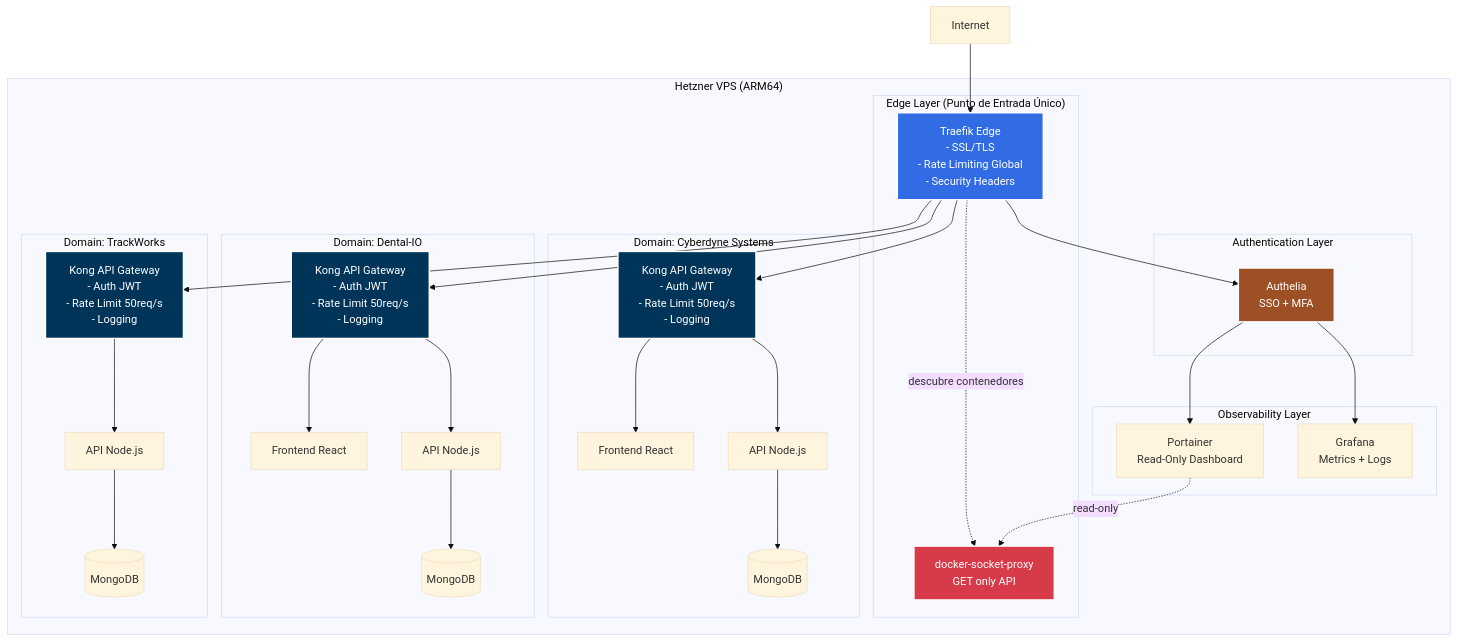
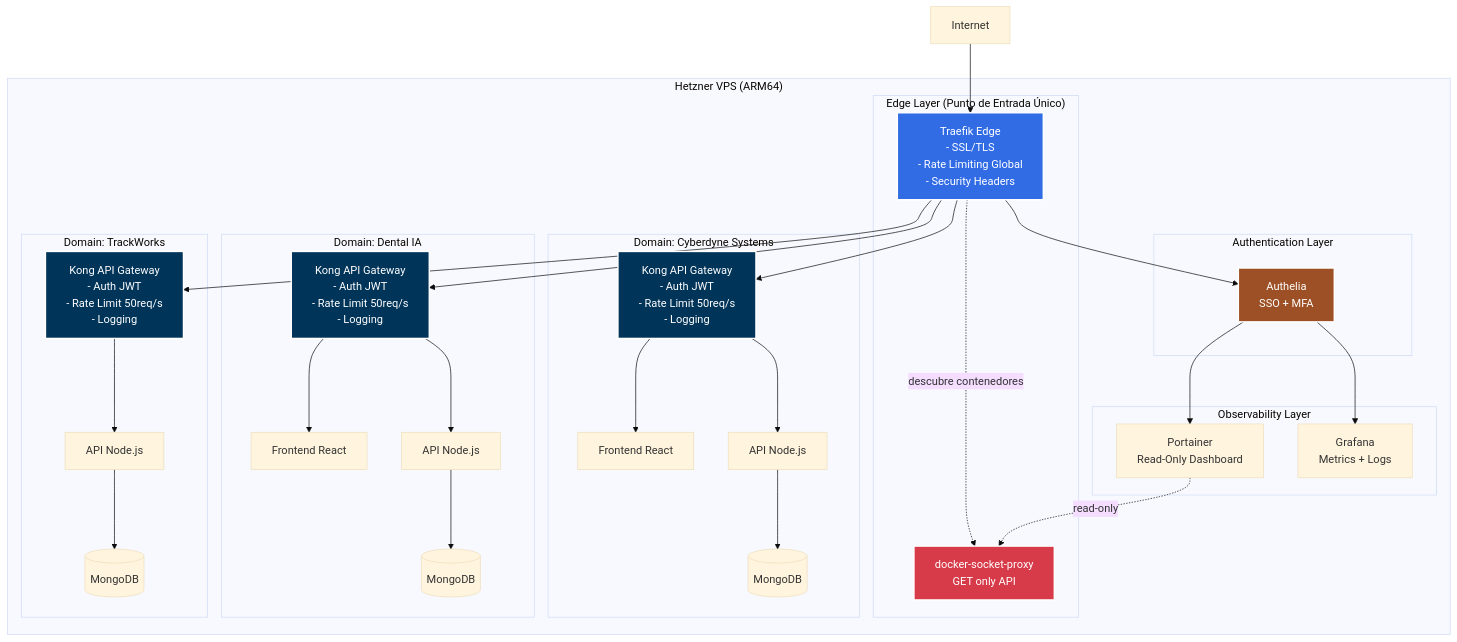
Before and after one commit to TechnoSpartan/iac-code-spartan: the first of 3 diagrams in docs/02-architecture/ARCHITECTURE.md, drawn with Mermaid (base theme). The commit also changed other lines of this file and 22 other files, not shown here.

Commit message:
docs: update architecture docs, add agent guidance and blog drafts

````diff
--- a/docs/02-architecture/ARCHITECTURE.md
+++ b/docs/02-architecture/ARCHITECTURE.md
@@ -19,71 +19,71 @@
 ```mermaid
 graph TB
     Internet[Internet]
 
     subgraph VPS["Hetzner VPS (ARM64)"]
         subgraph EdgeLayer["Edge Layer (Punto de Entrada Único)"]
             Traefik[Traefik Edge<br/>- SSL/TLS<br/>- Rate Limiting Global<br/>- Security Headers]
             DSP[docker-socket-proxy<br/>GET only API]
         end
 
         subgraph AuthLayer["Authentication Layer"]
             Authelia[Authelia<br/>SSO + MFA]
         end
 
         subgraph ObservabilityLayer["Observability Layer"]
             Portainer[Portainer<br/>Read-Only Dashboard]
             Grafana[Grafana<br/>Metrics + Logs]
         end
 
         subgraph DomainCyberdyne["Domain: Cyberdyne Systems"]
             KongCyber[Kong API Gateway<br/>- Auth JWT<br/>- Rate Limit 50req/s<br/>- Logging]
             CyberFront[Frontend React]
             CyberAPI[API Node.js]
             CyberDB[(MongoDB)]
         end
 
-        subgraph DomainDental["Domain: Dental-IO"]
+        subgraph DomainDental["Domain: Dental IA"]
             KongDental[Kong API Gateway<br/>- Auth JWT<br/>- Rate Limit 50req/s<br/>- Logging]
             DentalFront[Frontend React]
             DentalAPI[API Node.js]
             DentalDB[(MongoDB)]
         end
 
         subgraph DomainTrack["Domain: TrackWorks"]
             KongTrack[Kong API Gateway<br/>- Auth JWT<br/>- Rate Limit 50req/s<br/>- Logging]
             TrackAPI[API Node.js]
             TrackDB[(MongoDB)]
         end
     end
 
     Internet --> Traefik
     Traefik -.->|descubre contenedores| DSP
     Traefik --> Authelia
 
     Authelia --> Portainer
     Authelia --> Grafana
 
     Traefik --> KongCyber
     Traefik --> KongDental
     Traefik --> KongTrack
 
     KongCyber --> CyberFront
     KongCyber --> CyberAPI
     CyberAPI --> CyberDB
 
     KongDental --> DentalFront
     KongDental --> DentalAPI
     DentalAPI --> DentalDB
 
     KongTrack --> TrackAPI
     TrackAPI --> TrackDB
 
     Portainer -.->|read-only| DSP
 
     style Traefik fill:#326ce5,stroke:#fff,stroke-width:2px,color:#fff
     style DSP fill:#d73a49,stroke:#fff,stroke-width:2px,color:#fff
     style Authelia fill:#9d5025,stroke:#fff,stroke-width:2px,color:#fff
     style KongCyber fill:#003459,stroke:#fff,stroke-width:2px,color:#fff
     style KongDental fill:#003459,stroke:#fff,stroke-width:2px,color:#fff
     style KongTrack fill:#003459,stroke:#fff,stroke-width:2px,color:#fff
 ```
````
